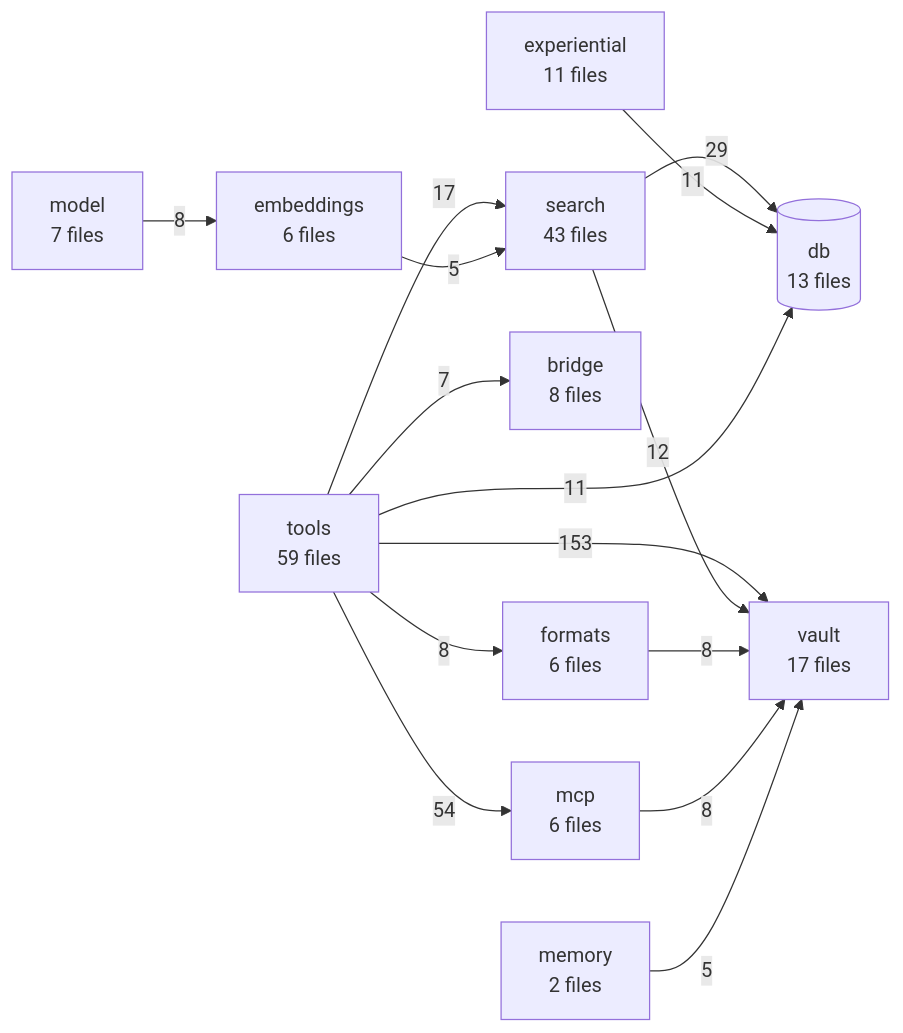
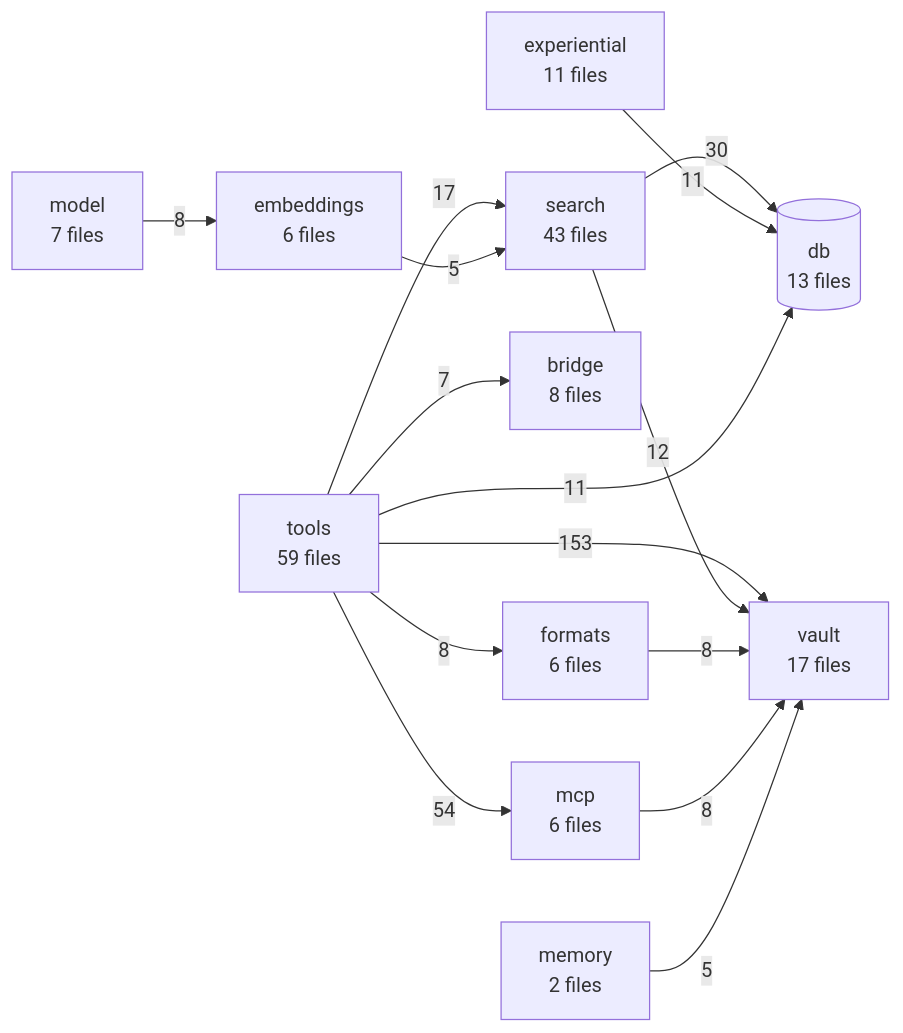
One commit to The-40-Thieves/obsidian-tc changed the diagram in TREE.md. Above: the diagram before and after it, drawn with Mermaid. The commit also changed other lines of this file and 12 other files, not shown here.

````diff
--- a/TREE.md
+++ b/TREE.md
@@ -216,29 +216,29 @@
 ```mermaid
 flowchart LR
   tools[tools<br/>59 files]
   search[search<br/>43 files]
   vault[vault<br/>17 files]
   db[(db<br/>13 files)]
   experiential[experiential<br/>11 files]
   bridge[bridge<br/>8 files]
   model[model<br/>7 files]
   embeddings[embeddings<br/>6 files]
   formats[formats<br/>6 files]
   mcp[mcp<br/>6 files]
   memory[memory<br/>2 files]
 
   tools -->|153| vault
   tools -->|54| mcp
-  search -->|29| db
+  search -->|30| db
   tools -->|17| search
   search -->|12| vault
   experiential -->|11| db
   tools -->|11| db
   formats -->|8| vault
   mcp -->|8| vault
   model -->|8| embeddings
   tools -->|8| formats
   tools -->|7| bridge
   embeddings -->|5| search
   memory -->|5| vault
 ```
````
